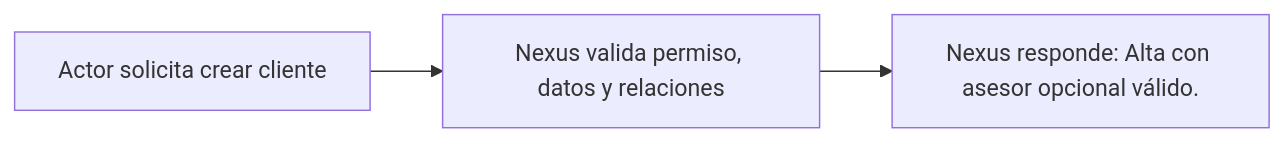
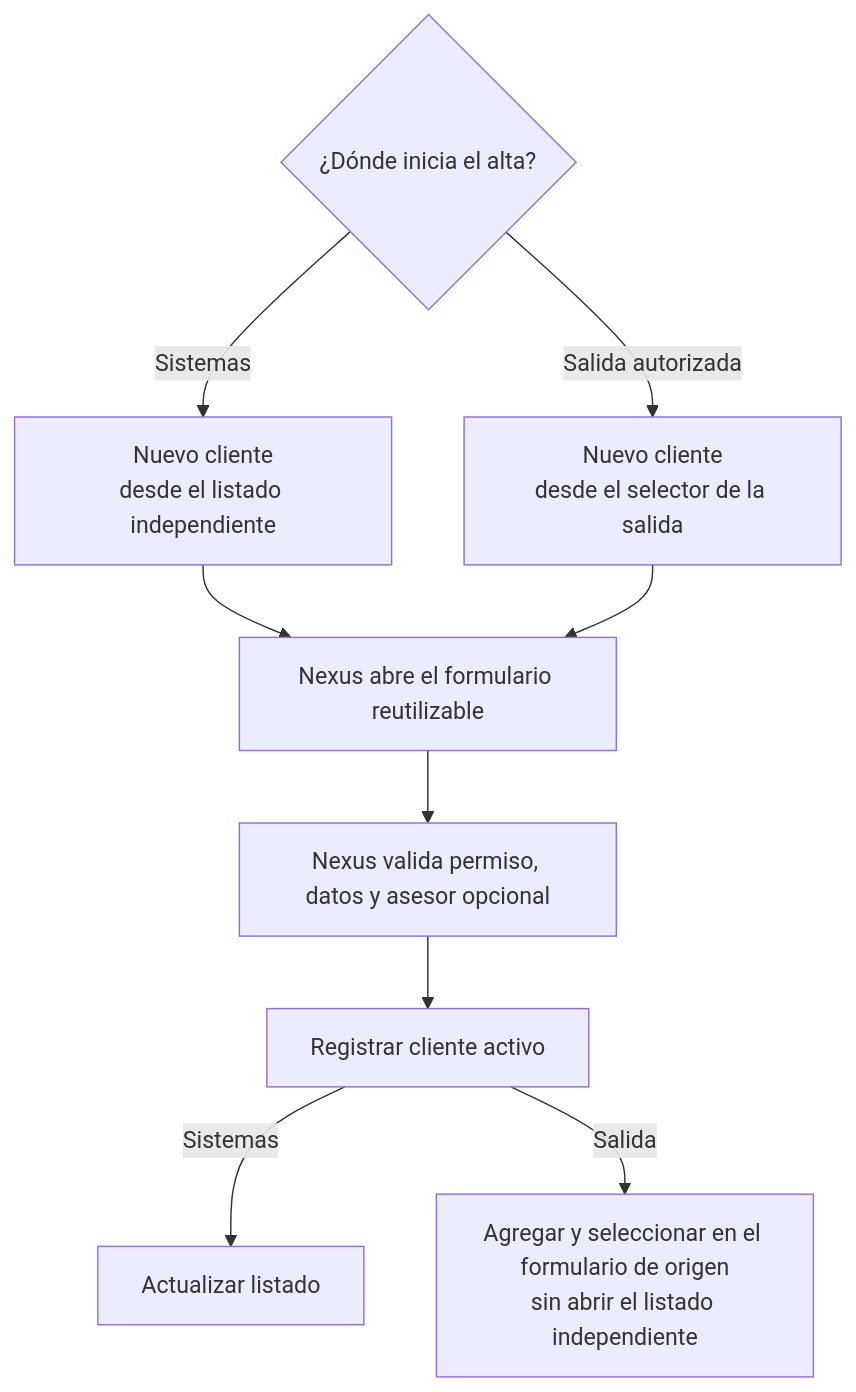
One commit to gpgsistemas01/nexus changed the diagram in docs/requirements/diagrams/catalogs/cu-cat-06.md. Above: the diagram before and after it, drawn with Mermaid. The commit also changed 38 other files, not shown here.

Commit message:
docs(diagrams): concretar mensajes de secuencia

````diff
--- a/docs/requirements/diagrams/catalogs/cu-cat-06.md
+++ b/docs/requirements/diagrams/catalogs/cu-cat-06.md
@@ -3,6 +3,13 @@
 ```mermaid
-flowchart LR
+flowchart TD
     accTitle: CU-CAT-06 — Crear cliente
-    request["Actor solicita crear cliente"] --> validate["Nexus valida permiso, datos y relaciones"]
-    validate --> result["Nexus responde: Alta con asesor opcional válido."]
+    origin{"¿Dónde inicia el alta?"}
+    origin -->|Sistemas| list["Nuevo cliente<br/>desde el listado independiente"]
+    origin -->|Salida autorizada| selector["Nuevo cliente<br/>desde el selector de la salida"]
+    list --> form["Nexus abre el formulario reutilizable"]
+    selector --> form
+    form --> validate["Nexus valida permiso, datos y asesor opcional"]
+    validate --> create["Registrar cliente activo"]
+    create -->|Sistemas| refresh["Actualizar listado"]
+    create -->|Salida| return["Agregar y seleccionar en el formulario de origen<br/>sin abrir el listado independiente"]
 ```
````
